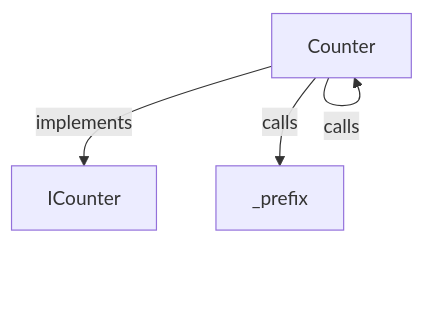
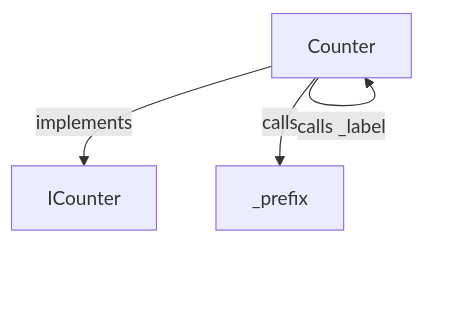
Before and after one commit to GreenPandaStudios/augscript: the first of 3 diagrams in docs/examples/visibility/counter-diagrams.md, drawn with Mermaid. The commit also changed other lines of this file and 304 other files, not shown here.

Commit message:
Make generated data-flow sequences concise and review every diagram

````diff
--- a/docs/examples/visibility/counter-diagrams.md
+++ b/docs/examples/visibility/counter-diagrams.md
@@ -19,9 +19,9 @@
 ```mermaid
 flowchart TD
     n0["Counter"]
     n1["ICounter"]
     n2["_prefix"]
-    n0 -->|"calls"| n0
+    n0 -->|"calls _label"| n0
     n0 -->|"implements"| n1
     n0 -->|"calls"| n2
 ```
````
